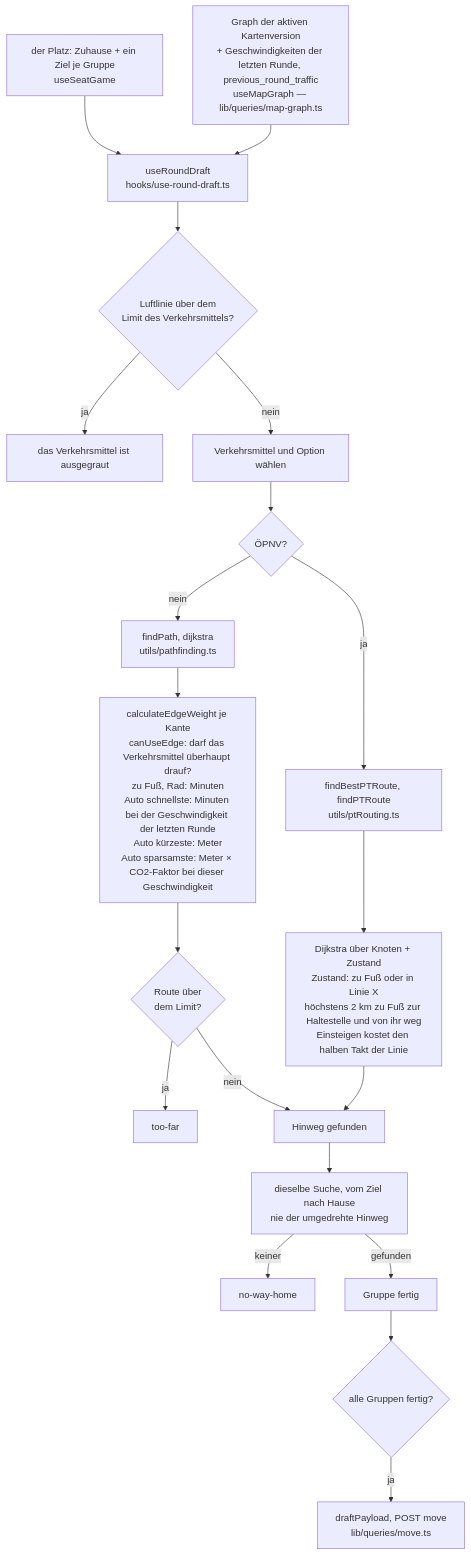
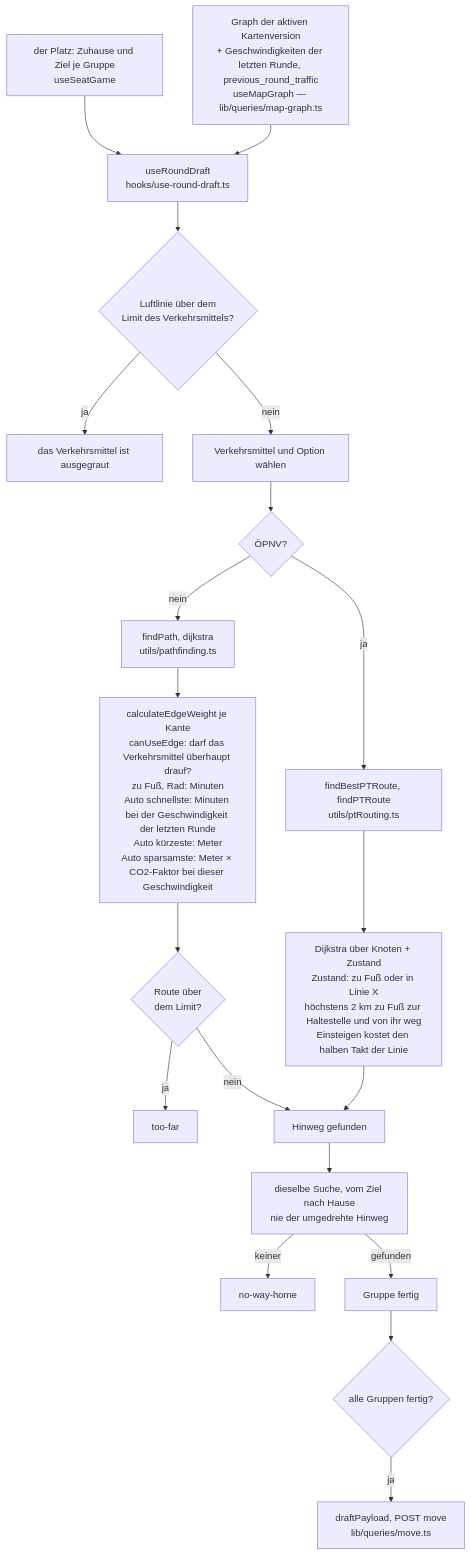
The sixth of 12 diagrams in docs/de-flowcharts.md (luke-hirsch/co2mmute), drawn with Mermaid before and after one commit. The commit also changed other lines of this file and 35 other files, not shown here.

````diff
--- a/docs/de-flowcharts.md
+++ b/docs/de-flowcharts.md
@@ -220,25 +220,25 @@
 ```mermaid
 flowchart TD
-    seat["der Platz: Zuhause + ein Ziel je Gruppe<br>useSeatGame"] --> draft
+    seat["der Platz: Zuhause und Ziel je Gruppe<br>useSeatGame"] --> draft
     mapgraph["Graph der aktiven Kartenversion<br>+ Geschwindigkeiten der letzten Runde, previous_round_traffic<br>useMapGraph — lib/queries/map-graph.ts"] --> draft
     draft["useRoundDraft<br>hooks/use-round-draft.ts"] --> air{"Luftlinie über dem<br>Limit des Verkehrsmittels?"}
     air -->|"ja"| greyed["das Verkehrsmittel ist ausgegraut"]
     air -->|"nein"| pick["Verkehrsmittel und Option wählen"]
     pick --> isPt{"ÖPNV?"}
 
     isPt -->|"nein"| dijkstra["findPath, dijkstra<br>utils/pathfinding.ts"]
     dijkstra --> weight["calculateEdgeWeight je Kante<br>canUseEdge: darf das Verkehrsmittel überhaupt drauf?<br>zu Fuß, Rad: Minuten<br>Auto schnellste: Minuten bei der Geschwindigkeit der letzten Runde<br>Auto kürzeste: Meter<br>Auto sparsamste: Meter × CO2-Faktor bei dieser Geschwindigkeit"]
     weight --> limit{"Route über<br>dem Limit?"}
     limit -->|"ja"| tooFar["too-far"]
     limit -->|"nein"| there
 
     isPt -->|"ja"| ptr["findBestPTRoute, findPTRoute<br>utils/ptRouting.ts"]
     ptr --> product["Dijkstra über Knoten + Zustand<br>Zustand: zu Fuß oder in Linie X<br>höchstens 2 km zu Fuß zur Haltestelle und von ihr weg<br>Einsteigen kostet den halben Takt der Linie"]
     product --> there
 
     there["Hinweg gefunden"] --> back["dieselbe Suche, vom Ziel nach Hause<br>nie der umgedrehte Hinweg"]
     back -->|"keiner"| noHome["no-way-home"]
     back -->|"gefunden"| ready["Gruppe fertig"]
     ready --> everyone{"alle Gruppen fertig?"}
     everyone -->|"ja"| submit["draftPayload, POST move<br>lib/queries/move.ts"]
 ```
````
